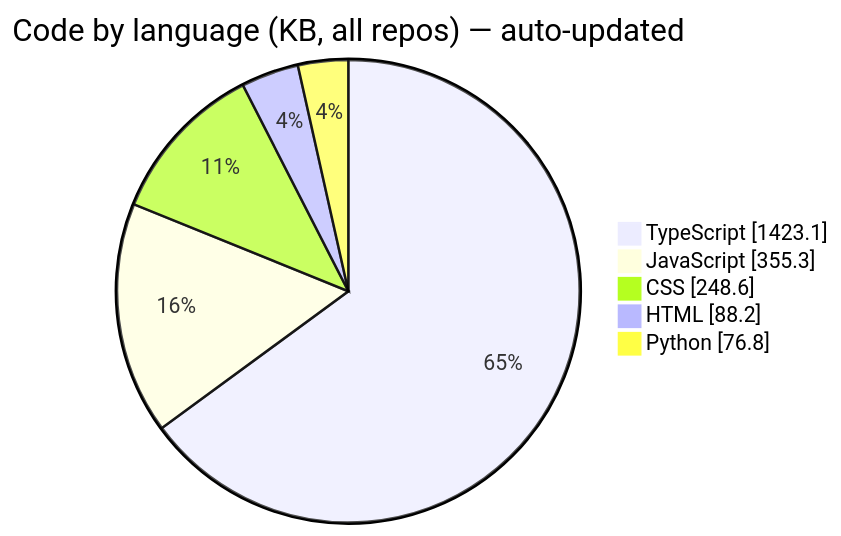
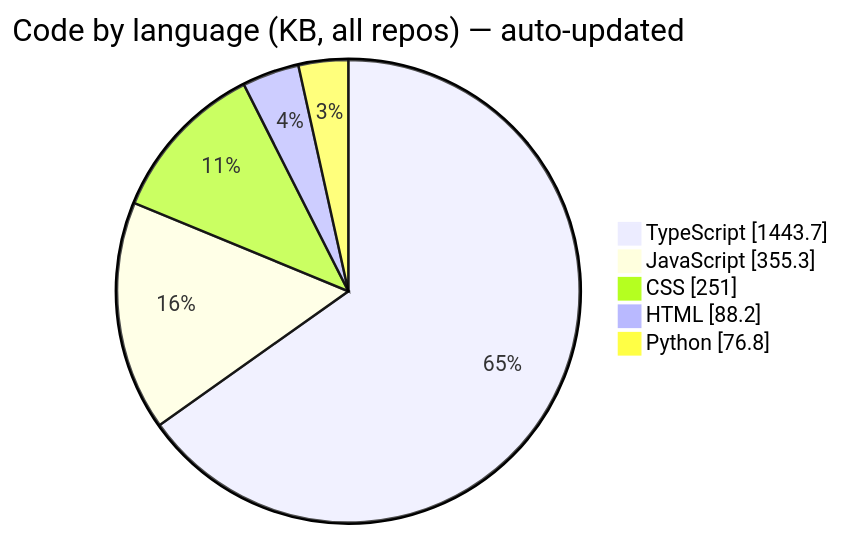
The third of 6 diagrams in README.md (Manashjyoti-Bora/Manashjyoti-Bora), drawn with Mermaid before and after one commit. The commit also changed other lines of this file and 2 other files, not shown here.

````diff
--- a/README.md
+++ b/README.md
@@ -196,9 +196,9 @@
 ```mermaid
 pie showData
     title Code by language (KB, all repos) — auto-updated
-    "TypeScript" : 1423.1
+    "TypeScript" : 1443.7
     "JavaScript" : 355.3
-    "CSS" : 248.6
+    "CSS" : 251.0
     "HTML" : 88.2
     "Python" : 76.8
 ```
````
